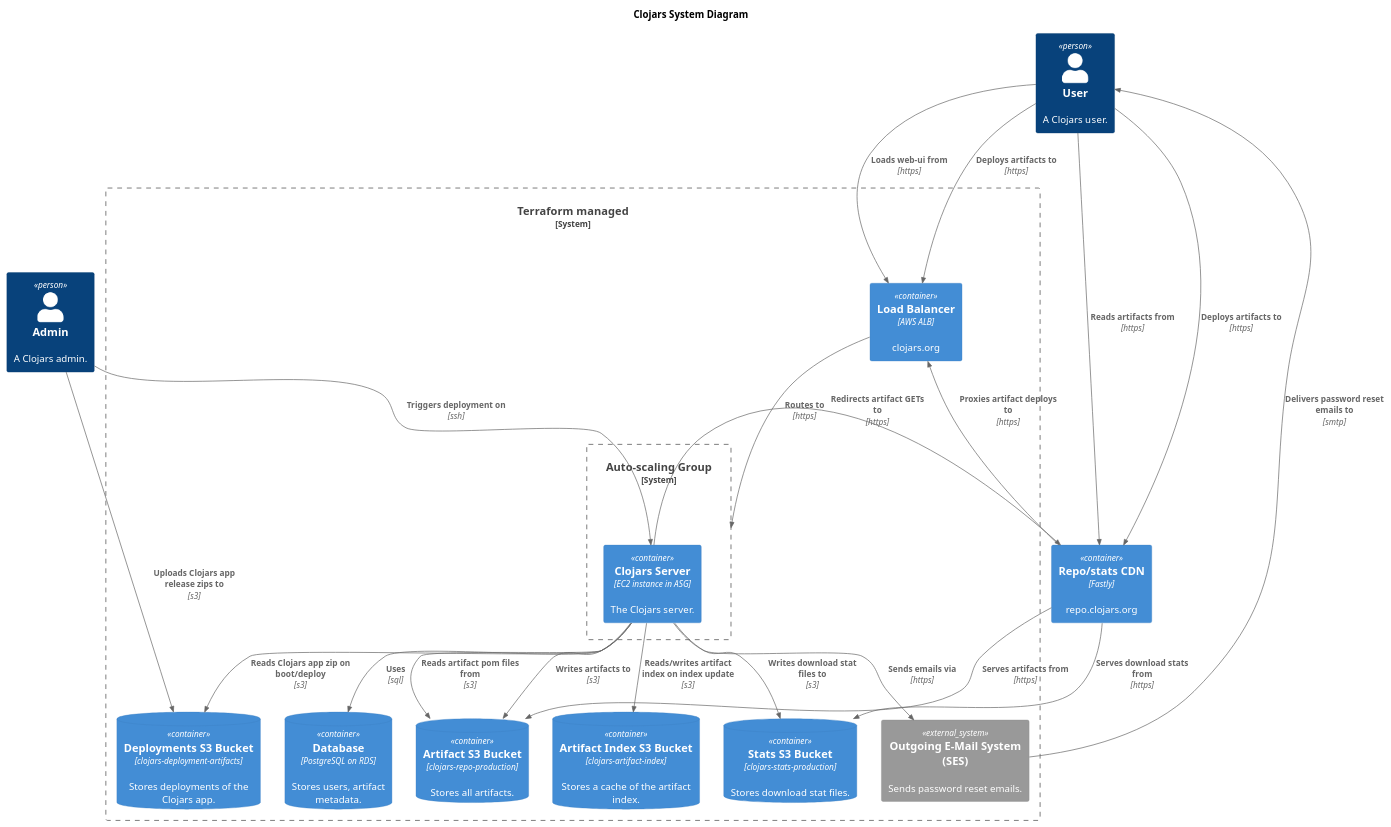
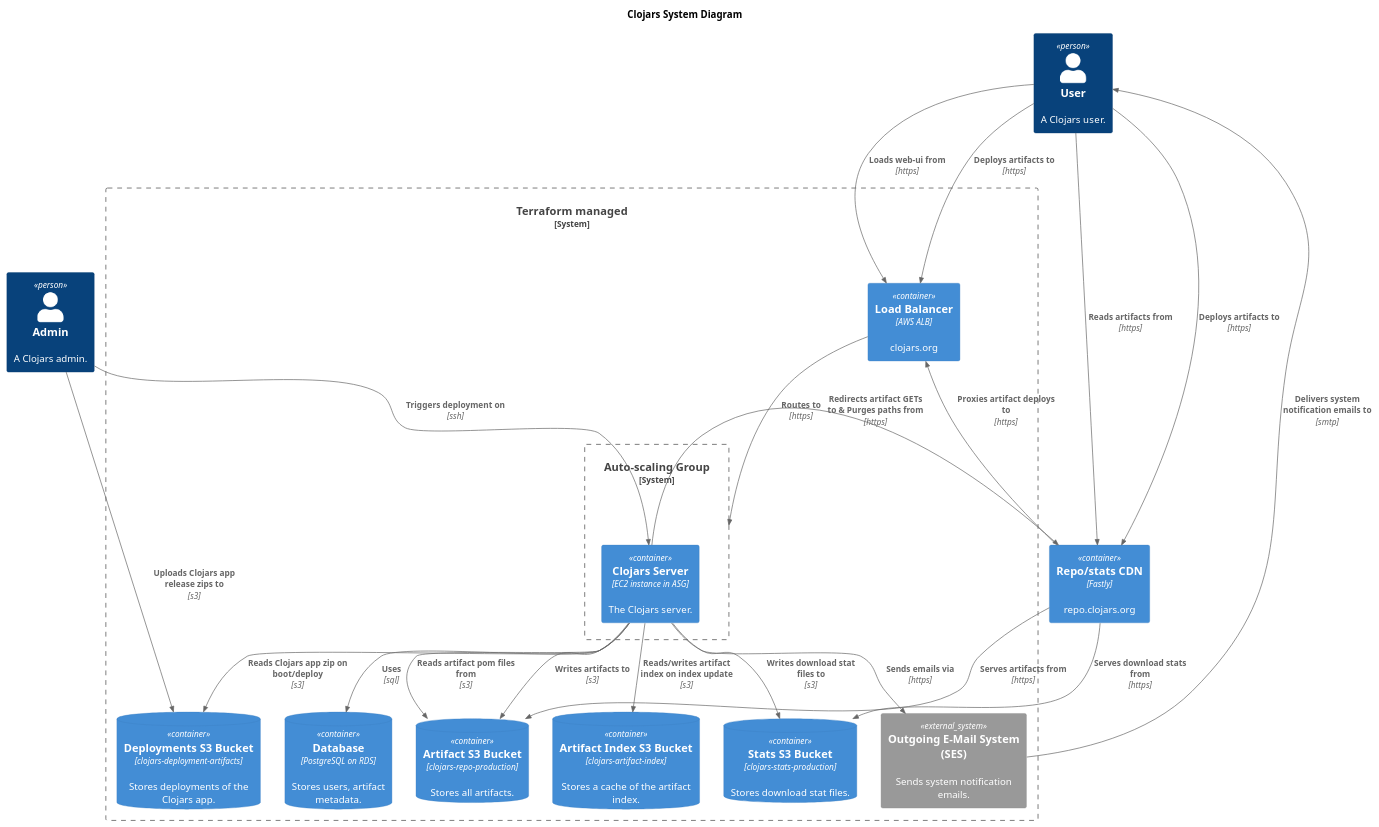
One commit to clojars/infrastructure changed the diagram in system_diagram.puml. Above: the diagram before and after it, drawn with PlantUML. The commit also changed 1 other file, not shown here.

Commit message:
Update system diagram
We now send more than just password reset emails, and have always purged
from the CDN.

```diff
--- a/system_diagram.puml
+++ b/system_diagram.puml
@@ -1,51 +1,51 @@
 @startuml system_diagram
 !includeurl https://raw.githubusercontent.com/RicardoNiepel/C4-PlantUML/release/1-0/C4_Container.puml
 
 title Clojars System Diagram
 
 Person(admin, "Admin", "A Clojars admin.")
 Person(user, "User", "A Clojars user.")
 
 System_Boundary(terraform, "Terraform managed") {
   Container(lb, "Load Balancer", "AWS ALB", "clojars.org")
 
 System_Boundary(asg, "Auto-scaling Group") {
     Container(instance, "Clojars Server", "EC2 instance in ASG", "The Clojars server.")
   }
   
   ContainerDb(database, "Database", "PostgreSQL on RDS", "Stores users, artifact metadata.")
   ContainerDb(repo_bucket, "Artifact S3 Bucket", "clojars-repo-production", "Stores all artifacts.")
   ContainerDb(stats_bucket, "Stats S3 Bucket", "clojars-stats-production", "Stores download stat files.")
   ContainerDb(artifact_index_bucket, "Artifact Index S3 Bucket", "clojars-artifact-index", "Stores a cache of the artifact index.")
   ContainerDb(deployments_bucket, "Deployments S3 Bucket", "clojars-deployment-artifacts", "Stores deployments of the Clojars app.")
 
-  System_Ext(ses, "Outgoing E-Mail System (SES)", "Sends password reset emails.")
+  System_Ext(ses, "Outgoing E-Mail System (SES)", "Sends system notification emails.")
 }
 
 Container(fastly, "Repo/stats CDN", "Fastly", "repo.clojars.org")
 
 Rel(admin, deployments_bucket, "Uploads Clojars app release zips to", "s3")
 Rel(admin, instance, "Triggers deployment on", "ssh")
 
 Rel(user, lb, "Loads web-ui from", "https")
 Rel(user, lb, "Deploys artifacts to", "https")
 Rel(user, fastly, "Reads artifacts from", "https")
 Rel(user, fastly, "Deploys artifacts to", "https")
 
 Rel(lb, asg, "Routes to", "https")
 
 Rel(instance, database, "Uses", "sql")
 Rel(instance, repo_bucket, "Writes artifacts to", "s3")
 Rel(instance, repo_bucket, "Reads artifact pom files from", "s3")
 Rel(instance, stats_bucket, "Writes download stat files to", "s3")
-Rel(instance, fastly, "Redirects artifact GETs to", "https")
+Rel(instance, fastly, "Redirects artifact GETs to & Purges paths from", "https")
 Rel(instance, ses, "Sends emails via", "https")
 Rel(instance, artifact_index_bucket, "Reads/writes artifact index on index update", "s3")
 Rel(instance, deployments_bucket, "Reads Clojars app zip on boot/deploy", "s3")
 
-Rel(ses, user, "Delivers password reset emails to", "smtp")
+Rel(ses, user, "Delivers system notification emails to", "smtp")
 
 Rel(fastly, repo_bucket, "Serves artifacts from", "https")
 Rel(fastly, stats_bucket, "Serves download stats from", "https")
 Rel(fastly, lb, "Proxies artifact deploys to", "https")
 @enduml
```
